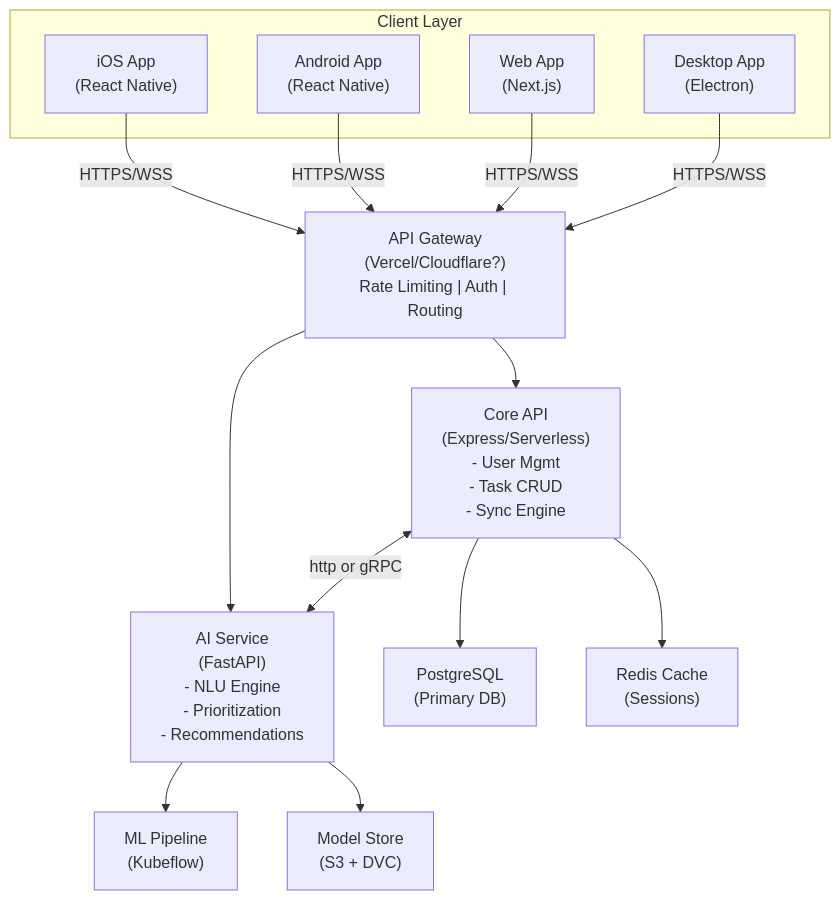
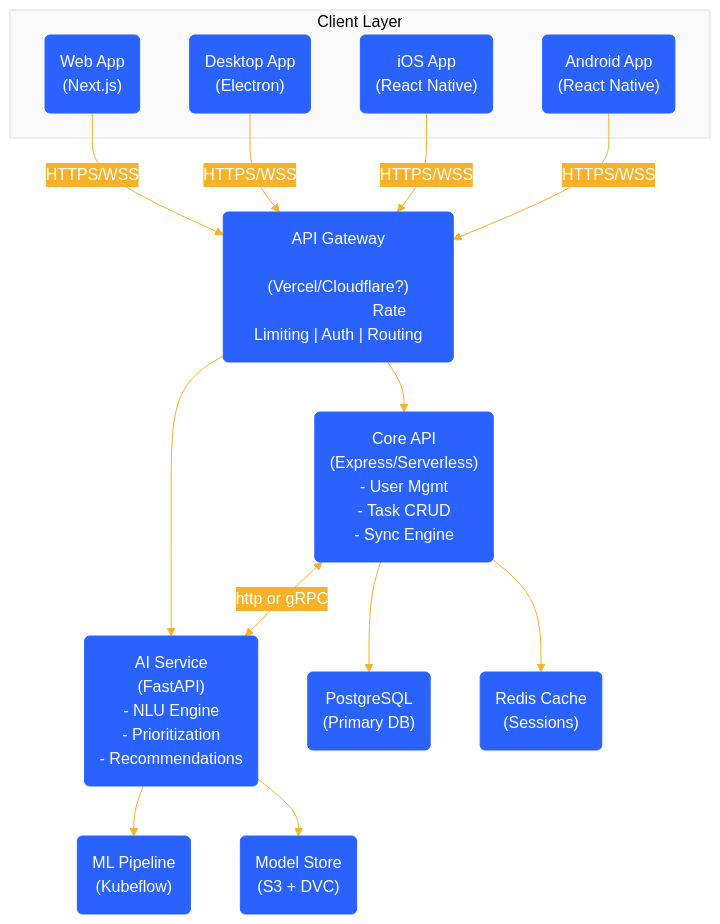
Before and after one commit to retrospct/mikan: the first of 2 diagrams in docs/mikan-product-requirements.md, drawn with Mermaid. The commit also changed other lines of this file, not shown here.

Commit message:
docs: updates architecture diagram styles
- updates the architecture diagram with customized styles and colors
- enhances readability and visual appeal

````diff
--- a/docs/mikan-product-requirements.md
+++ b/docs/mikan-product-requirements.md
@@ -415,20 +415,65 @@
 ```mermaid
+---
+config:
+    theme: 'base'
+    themeVariables:
+        primaryColor: '#2962FF'
+        primaryTextColor: '#fff'
+        primaryBorderColor: '#2962FF'
+        lineColor: '#F8B229'
+        secondaryColor: '#F8B229'
+        tertiaryColor: '#fafafa'
+        labelColor: '#000'
+        textColor: '#000'
+        nodeTextColor: '#000'
+        actorTextColor: '#000'
+        classText: '#000'
+        secondaryTextColor: '#000'
+        tertiaryTextColor: '#000'
+        noteTextColor: '#000'
+        errorTextColor: '#000'
+---
 flowchart TD
     subgraph Client Layer
-        A1["iOS App\n(React Native)"]
-        A2["Android App\n(React Native)"]
-        A3["Web App\n(Next.js)"]
-        A4["Desktop App\n(Electron)"]
+        A1("Web App
+            (Next.js)")
+        A2("Desktop App
+            (Electron)")
+        A3("iOS App
+            (React Native)")
+        A4("Android App
+            (React Native)")
     end
-    A1 -->|HTTPS/WSS| B["API Gateway\n(Vercel/Cloudflare?)\nRate Limiting | Auth | Routing"]
+
+    %% Edge connections between nodes
+    A1 -->|HTTPS/WSS| B("API Gateway
+                        (Vercel/Cloudflare?)
+                        Rate Limiting | Auth | Routing")
     A2 -->|HTTPS/WSS| B
     A3 -->|HTTPS/WSS| B
     A4 -->|HTTPS/WSS| B
-    B --> C["Core API\n(Express/Serverless)\n- User Mgmt\n- Task CRUD\n- Sync Engine"]
-    B --> D["AI Service\n(FastAPI)\n- NLU Engine\n- Prioritization\n- Recommendations"]
+    B --> C("Core API
+            (Express/Serverless)
+            - User Mgmt
+            - Task CRUD
+            - Sync Engine")
+    B --> D("AI Service
+            (FastAPI)
+            - NLU Engine
+            - Prioritization
+            - Recommendations")
     C <-->|http or gRPC| D
-    C --> E["PostgreSQL\n(Primary DB)"]
-    C --> F["Redis Cache\n(Sessions)"]
-    D --> G["ML Pipeline\n(Kubeflow)"]
-    D --> H["Model Store\n(S3 + DVC)"]
+    C --> E("PostgreSQL
+            (Primary DB)")
+    C --> F("Redis Cache
+            (Sessions)")
+    D --> G("ML Pipeline
+            (Kubeflow)")
+    D --> H("Model Store
+            (S3 + DVC)")
+
+    %% Individual node styles
+    %% style E color: #FFFFFF, fill: #AA00FF, stroke: #AA00FF
+    %% style G color: #FFFFFF, stroke: #00C853, fill: #00C853
+    %% style I color: #FFFFFF, stroke: #2962FF, f1ll: #2962FF
 ```
````
